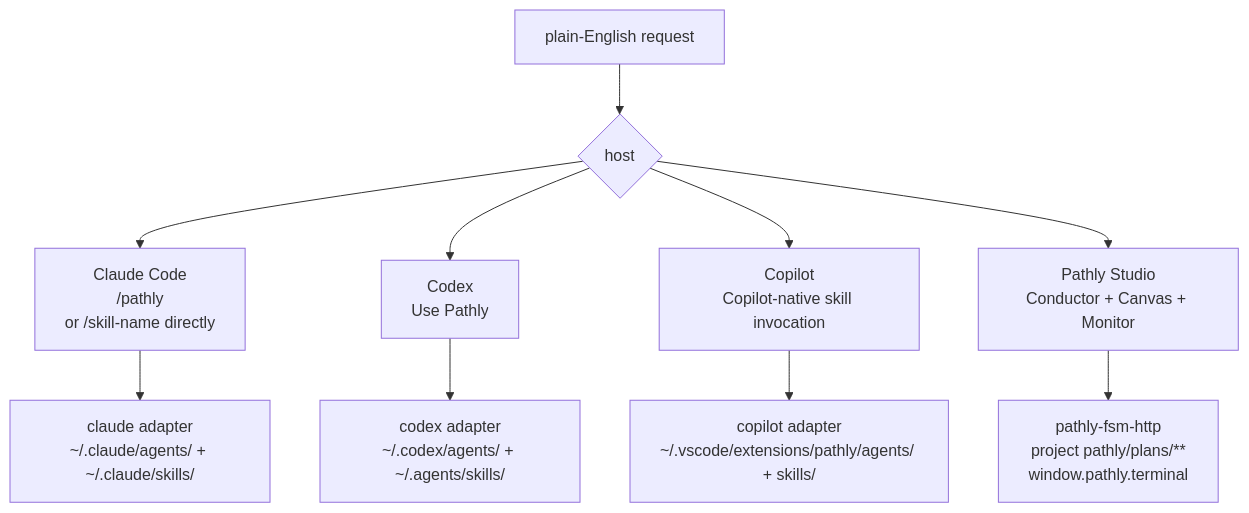
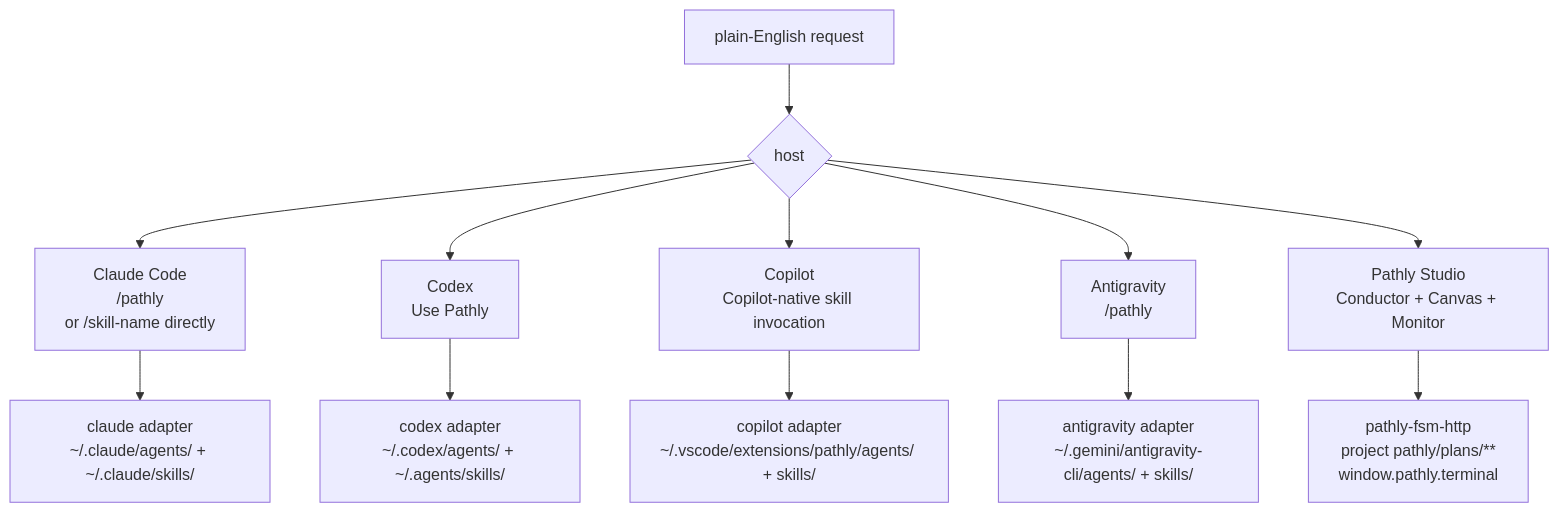
Before and after one commit to hamilton-sky/pathly-adapters: the first of 2 diagrams in docs/FLOW_DIAGRAM.md, drawn with Mermaid. The commit also changed other lines of this file and 261 other files, not shown here.

````diff
--- a/docs/FLOW_DIAGRAM.md
+++ b/docs/FLOW_DIAGRAM.md
@@ -17,13 +18,15 @@
 ```mermaid
 flowchart TD
     A[plain-English request] --> B{host}
     B --> CC["Claude Code\n/pathly <subcommand>\nor /skill-name directly"]
     B --> CX["Codex\nUse Pathly <request>"]
     B --> CP["Copilot\nCopilot-native skill invocation"]
+    B --> AG["Antigravity\n/pathly <subcommand>"]
     B --> ST["Pathly Studio\nConductor + Canvas + Monitor"]
 
     CC --> CA[claude adapter\n~/.claude/agents/ + ~/.claude/skills/]
     CX --> XA[codex adapter\n~/.codex/agents/ + ~/.agents/skills/]
     CP --> PA[copilot adapter\n~/.vscode/extensions/pathly/agents/ + skills/]
+    AG --> AA[antigravity adapter\n~/.gemini/antigravity-cli/agents/ + skills/]
     ST --> FS[pathly-fsm-http\nproject pathly/plans/**\nwindow.pathly.terminal]
 ```
````
